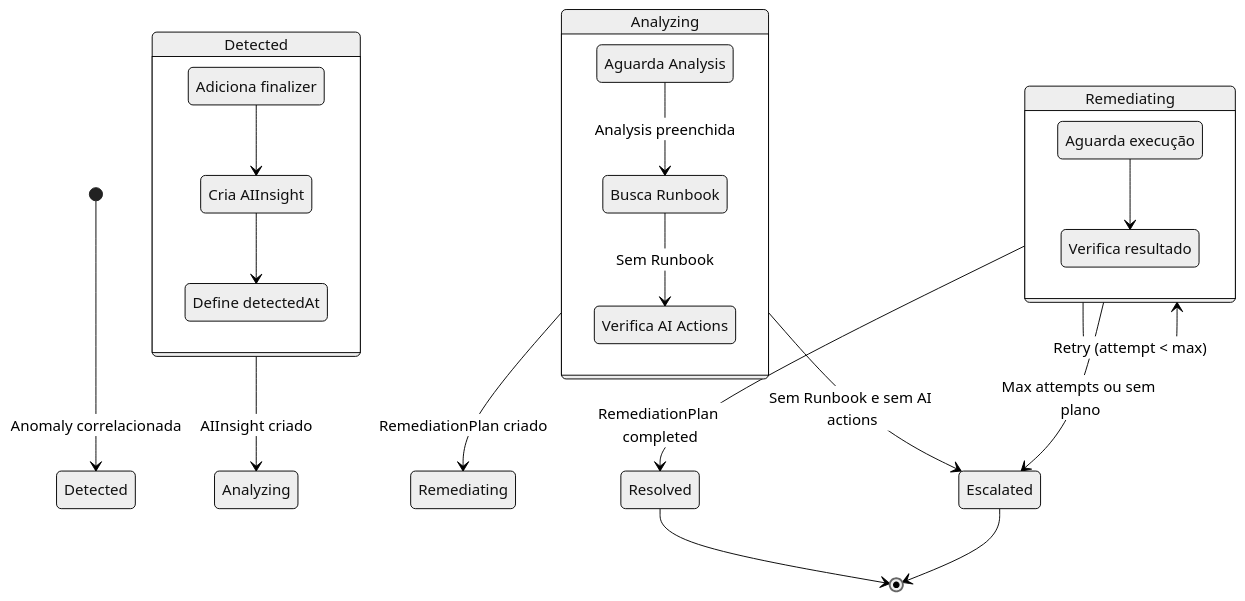
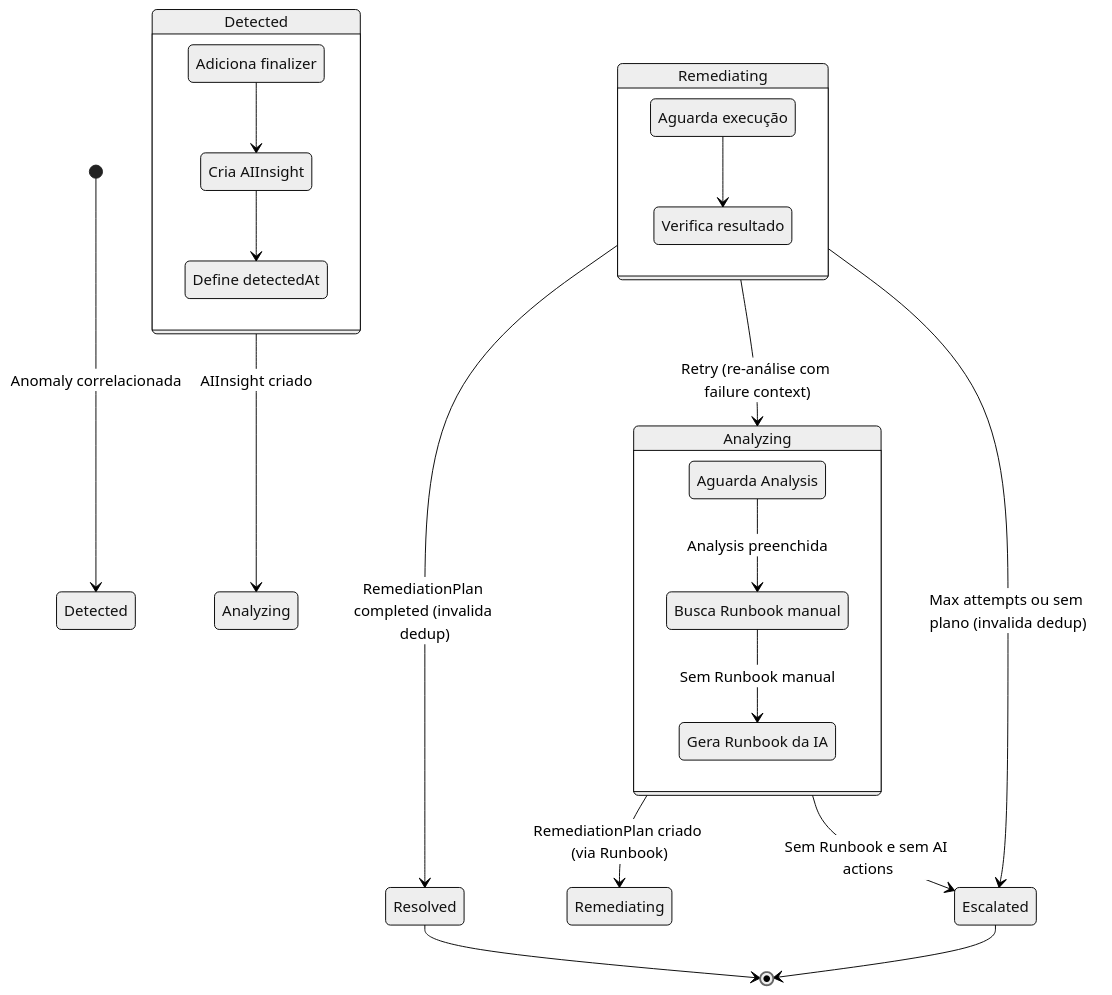
The second of 3 diagrams in ghpages/content/docs/features/aiops-platform.md (diillson/chatcli), drawn with Mermaid (neutral theme) before and after one commit. The commit also changed other lines of this file and 25 other files, not shown here.

First line of the commit message:
feat(operator): add remediation intelligence with runbook-first flow, K8s context enrichment and retry re-analysis

````diff
--- a/ghpages/content/docs/features/aiops-platform.md
+++ b/ghpages/content/docs/features/aiops-platform.md
@@ -173,38 +179,38 @@
 ```mermaid
 stateDiagram-v2
     [*] --> Detected : Anomaly correlacionada
 
     state "Detected" as D {
         state "Adiciona finalizer" as D1
         state "Cria AIInsight" as D2
         state "Define detectedAt" as D3
         D1 --> D2
         D2 --> D3
     }
 
     D --> Analyzing : AIInsight criado
 
     state "Analyzing" as A {
         state "Aguarda Analysis" as A1
-        state "Busca Runbook" as A2
-        state "Verifica AI Actions" as A3
+        state "Busca Runbook manual" as A2
+        state "Gera Runbook da IA" as A3
         A1 --> A2 : Analysis preenchida
-        A2 --> A3 : Sem Runbook
+        A2 --> A3 : Sem Runbook manual
     }
 
-    A --> Remediating : RemediationPlan criado
+    A --> Remediating : RemediationPlan criado (via Runbook)
     A --> Escalated : Sem Runbook e sem AI actions
 
     state "Remediating" as R {
         state "Aguarda execução" as R1
         state "Verifica resultado" as R2
         R1 --> R2
     }
 
-    R --> Resolved : RemediationPlan completed
-    R --> R : Retry (attempt < max)
-    R --> Escalated : Max attempts ou sem plano
+    R --> Resolved : RemediationPlan completed (invalida dedup)
+    R --> A : Retry (re-análise com failure context)
+    R --> Escalated : Max attempts ou sem plano (invalida dedup)
 
     Resolved --> [*]
     Escalated --> [*]
 ```
````
